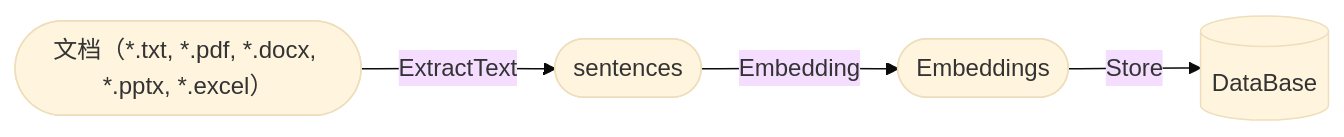
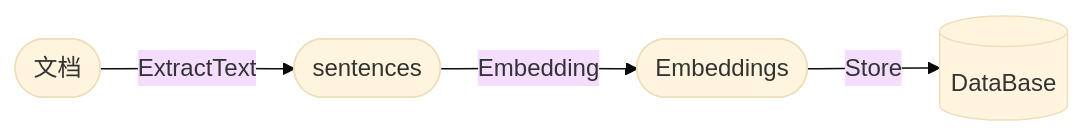
Before and after one commit to RapidAI/Knowledge-QA-LLM: the first of 2 diagrams in docs/README_zh.md, drawn with Mermaid (base theme). The commit also changed other lines of this file and 1 other file, not shown here.

````diff
--- a/docs/README_zh.md
+++ b/docs/README_zh.md
@@ -29,7 +31,7 @@
     ```mermaid
     flowchart LR
 
-    A(["文档（*.txt, *.pdf, *.docx, *.pptx, *.excel）"]) --ExtractText--> B([sentences])
+    A(["文档"]) --ExtractText--> B([sentences])
     B --Embedding--> C([Embeddings])
     C --Store--> D[(DataBase)]
     ```
````
